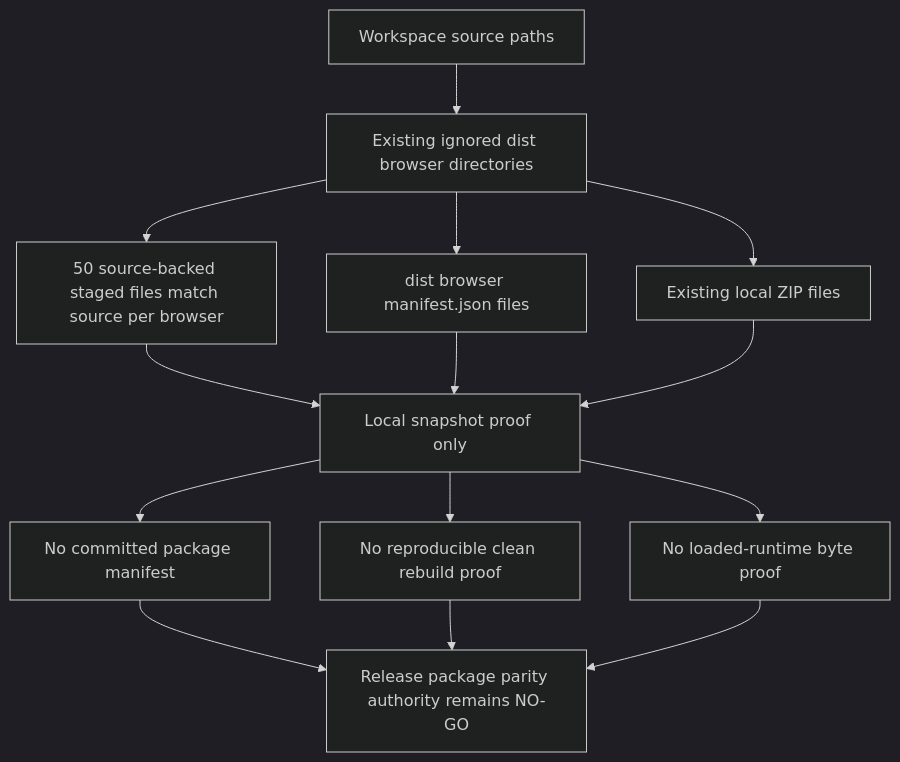
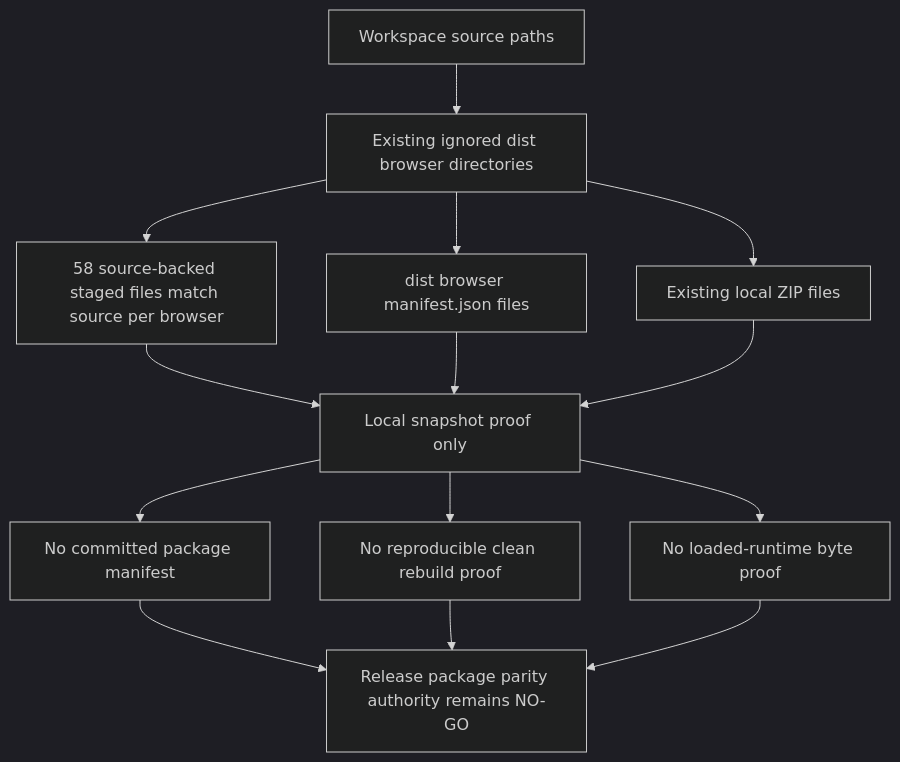
The ninth of 9 diagrams in docs/audit/FILTERTUBE_P0_RELEASE_PACKAGE_CURRENT_BEHAVIOR_2026-05-19.md (varshneydevansh/FilterTube), drawn with Mermaid (dark theme) before and after one commit. The commit also changed other lines of this file and 27 other files, not shown here.

````diff
--- a/docs/audit/FILTERTUBE_P0_RELEASE_PACKAGE_CURRENT_BEHAVIOR_2026-05-19.md
+++ b/docs/audit/FILTERTUBE_P0_RELEASE_PACKAGE_CURRENT_BEHAVIOR_2026-05-19.md
@@ -715,16 +715,16 @@
 ```mermaid
 flowchart TD
   A["Workspace source paths"] --> B["Existing ignored dist browser directories"]
-  B --> C["50 source-backed staged files match source per browser"]
+  B --> C["58 source-backed staged files match source per browser"]
   B --> D["dist browser manifest.json files"]
   B --> E["Existing local ZIP files"]
   C --> F["Local snapshot proof only"]
   D --> F
   E --> F
   F --> G["No committed package manifest"]
   F --> H["No reproducible clean rebuild proof"]
   F --> I["No loaded-runtime byte proof"]
   G --> J["Release package parity authority remains NO-GO"]
   H --> J
   I --> J
 ```
````
